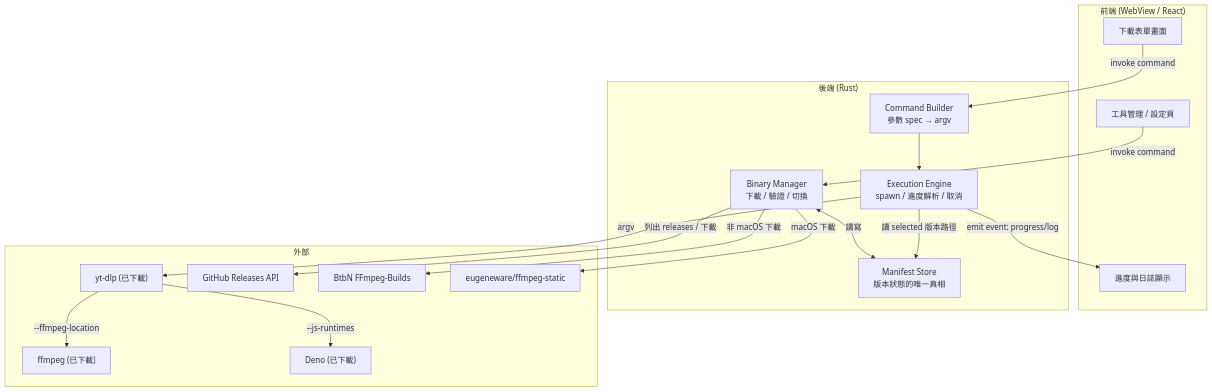
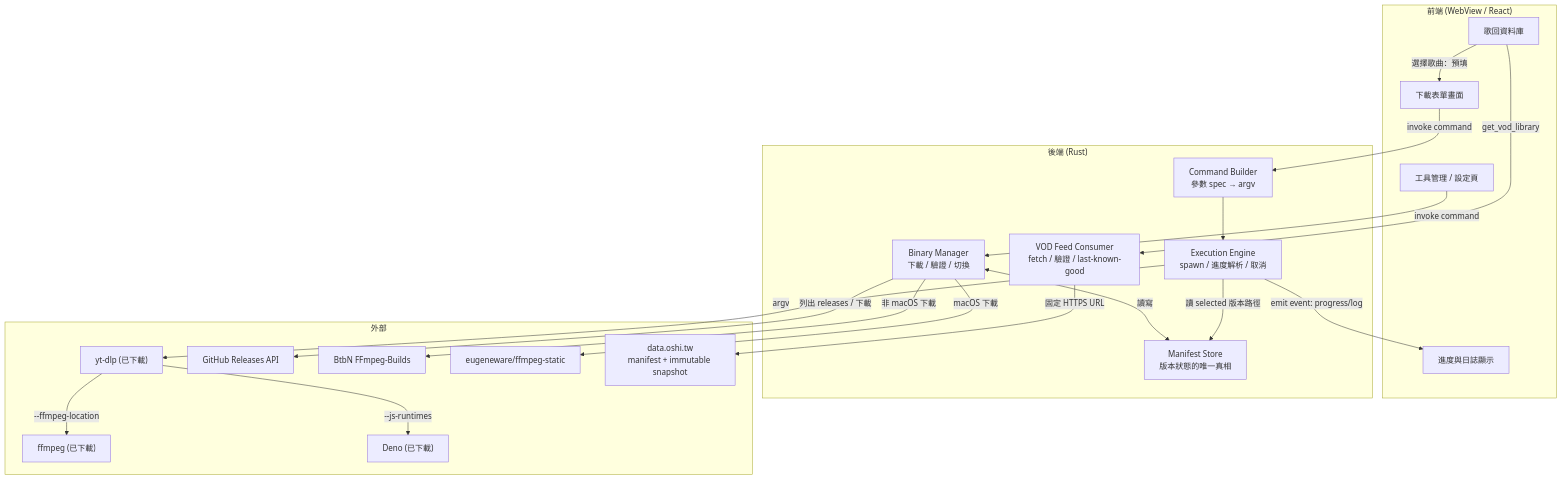
Before and after one commit to hydai/OshiClip: the first of 5 diagrams in oshiclip-desktop-design.md, drawn with Mermaid. The commit also changed other lines of this file and 16 other files, not shown here.

Commit message:
feat(library): add VOD database

````diff
--- a/oshiclip-desktop-design.md
+++ b/oshiclip-desktop-design.md
@@ -110,37 +113,43 @@
 ```mermaid
 graph TD
     subgraph Frontend["前端 (WebView / React)"]
         UI_Main["下載表單畫面"]
+        UI_Library["歌回資料庫"]
         UI_Settings["工具管理 / 設定頁"]
         UI_Progress["進度與日誌顯示"]
     end
 
     subgraph Backend["後端 (Rust)"]
         CmdBuilder["Command Builder<br/>參數 spec → argv"]
         BinMgr["Binary Manager<br/>下載 / 驗證 / 切換"]
         ExecEngine["Execution Engine<br/>spawn / 進度解析 / 取消"]
         Manifest["Manifest Store<br/>版本狀態的唯一真相"]
+        VodFeed["VOD Feed Consumer<br/>fetch / 驗證 / last-known-good"]
     end
 
     subgraph External["外部"]
         YTDLP["yt-dlp (已下載)"]
         FFMPEG["ffmpeg (已下載)"]
         DENO["Deno (已下載)"]
         GH["GitHub Releases API"]
         BTBN["BtbN FFmpeg-Builds"]
         FFMPEG_STATIC["eugeneware/ffmpeg-static"]
+        OSHI_DATA["data.oshi.tw<br/>manifest + immutable snapshot"]
     end
 
     UI_Main -->|invoke command| CmdBuilder
+    UI_Library -->|get_vod_library| VodFeed
     UI_Settings -->|invoke command| BinMgr
     CmdBuilder --> ExecEngine
     ExecEngine -->|argv| YTDLP
     YTDLP -->|--ffmpeg-location| FFMPEG
     YTDLP -->|--js-runtimes| DENO
     ExecEngine -->|emit event: progress/log| UI_Progress
     BinMgr <-->|讀寫| Manifest
     ExecEngine -->|讀 selected 版本路徑| Manifest
     BinMgr -->|列出 releases / 下載| GH
     BinMgr -->|非 macOS 下載| BTBN
     BinMgr -->|macOS 下載| FFMPEG_STATIC
+    VodFeed -->|固定 HTTPS URL| OSHI_DATA
+    UI_Library -->|選擇歌曲：預填| UI_Main
 ```
````
